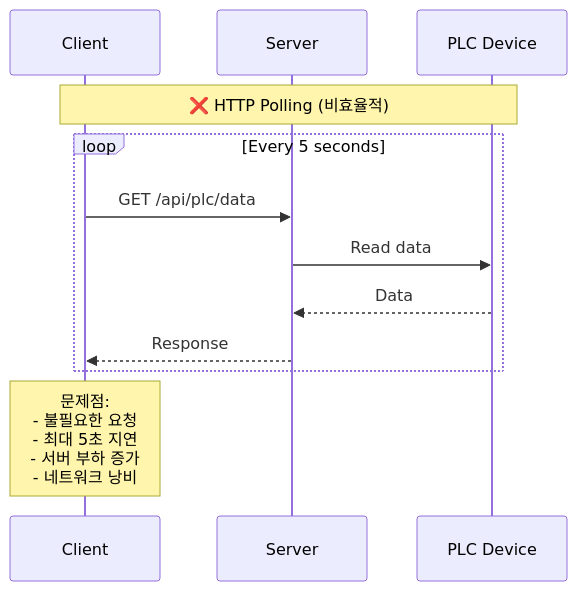
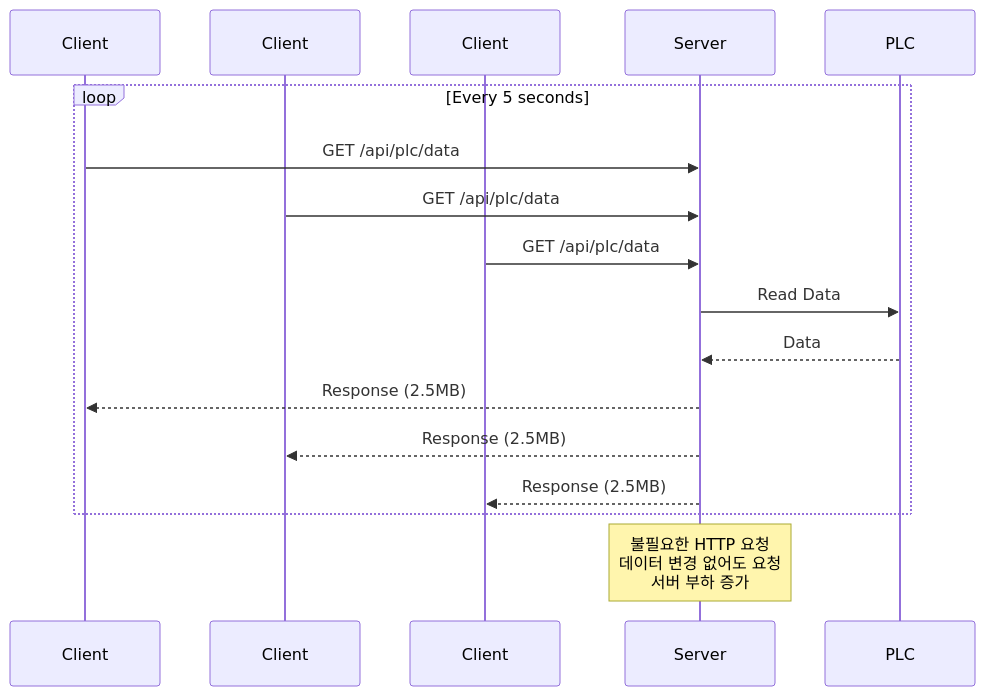
One commit to 1985jwlee/production-iot-backend changed the ninth of 10 diagrams in TECHNICAL_CHALLENGES.md. Above: the diagram before and after it, drawn with Mermaid. The commit also changed other lines of this file and 1 other file, not shown here.

````diff
--- a/TECHNICAL_CHALLENGES.md
+++ b/TECHNICAL_CHALLENGES.md
@@ -683,17 +862,23 @@
 ```mermaid
 sequenceDiagram
-    participant C as Client
+    participant C1 as Client #1
+    participant C2 as Client #2
+    participant C3 as Client #3
     participant S as Server
-    participant PLC as PLC Device
-    
-    Note over C,PLC: ❌ HTTP Polling (비효율적)
+    participant PLC as PLC
     
     loop Every 5 seconds
-        C->>S: GET /api/plc/data
-        S->>PLC: Read data
+        C1->>S: GET /api/plc/data
+        C2->>S: GET /api/plc/data
+        C3->>S: GET /api/plc/data
+        
+        S->>PLC: Read Data
         PLC-->>S: Data
-        S-->>C: Response
+        
+        S-->>C1: Response (2.5MB)
+        S-->>C2: Response (2.5MB)
+        S-->>C3: Response (2.5MB)
     end
     
-    Note over C: 문제점:<br/>- 불필요한 요청<br/>- 최대 5초 지연<br/>- 서버 부하 증가<br/>- 네트워크 낭비
+    Note over S: 불필요한 HTTP 요청<br/>데이터 변경 없어도 요청<br/>서버 부하 증가
 ```
````
